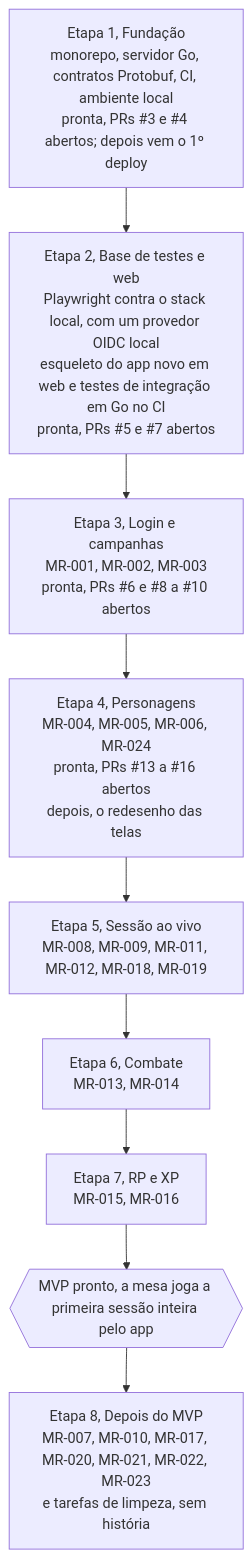
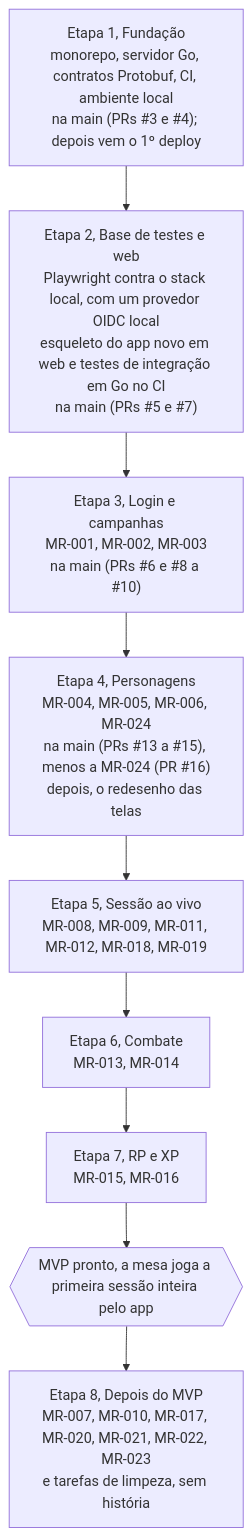
Before and after one commit to PuraFome/meuRPG: the diagram in docs/roadmap.md, drawn with Mermaid. The commit also changed other lines of this file, not shown here.

Commit message:
docs(roadmap): Etapas 1 to 3 and most of 4 are on main
Samuel merged PRs #3 to #15 on 30/09/2026; only #16 (MR-024) is open.

Claude-Session: https://claude.ai/code/session_01Seit6LBSkxQn8g3dqupMEM

````diff
--- a/docs/roadmap.md
+++ b/docs/roadmap.md
@@ -5,14 +5,14 @@
 ```mermaid
 flowchart TD
-    E1["Etapa 1, Fundação<br/>monorepo, servidor Go, contratos Protobuf, CI, ambiente local<br/>pronta, PRs #3 e #4 abertos; depois vem o 1º deploy"]
-    E2["Etapa 2, Base de testes e web<br/>Playwright contra o stack local, com um provedor OIDC local<br/>esqueleto do app novo em web e testes de integração em Go no CI<br/>pronta, PRs #5 e #7 abertos"]
-    E3["Etapa 3, Login e campanhas<br/>MR-001, MR-002, MR-003<br/>pronta, PRs #6 e #8 a #10 abertos"]
-    E4["Etapa 4, Personagens<br/>MR-004, MR-005, MR-006, MR-024<br/>pronta, PRs #13 a #16 abertos<br/>depois, o redesenho das telas"]
+    E1["Etapa 1, Fundação<br/>monorepo, servidor Go, contratos Protobuf, CI, ambiente local<br/>na main (PRs #3 e #4); depois vem o 1º deploy"]
+    E2["Etapa 2, Base de testes e web<br/>Playwright contra o stack local, com um provedor OIDC local<br/>esqueleto do app novo em web e testes de integração em Go no CI<br/>na main (PRs #5 e #7)"]
+    E3["Etapa 3, Login e campanhas<br/>MR-001, MR-002, MR-003<br/>na main (PRs #6 e #8 a #10)"]
+    E4["Etapa 4, Personagens<br/>MR-004, MR-005, MR-006, MR-024<br/>na main (PRs #13 a #15), menos a MR-024 (PR #16)<br/>depois, o redesenho das telas"]
     E5["Etapa 5, Sessão ao vivo<br/>MR-008, MR-009, MR-011, MR-012, MR-018, MR-019"]
     E6["Etapa 6, Combate<br/>MR-013, MR-014"]
     E7["Etapa 7, RP e XP<br/>MR-015, MR-016"]
     MVP{{"MVP pronto, a mesa joga a primeira sessão inteira pelo app"}}
     E8["Etapa 8, Depois do MVP<br/>MR-007, MR-010, MR-017, MR-020, MR-021, MR-022, MR-023<br/>e tarefas de limpeza, sem história"]
 
     E1 --> E2 --> E3 --> E4 --> E5 --> E6 --> E7 --> MVP --> E8
 ```
````
